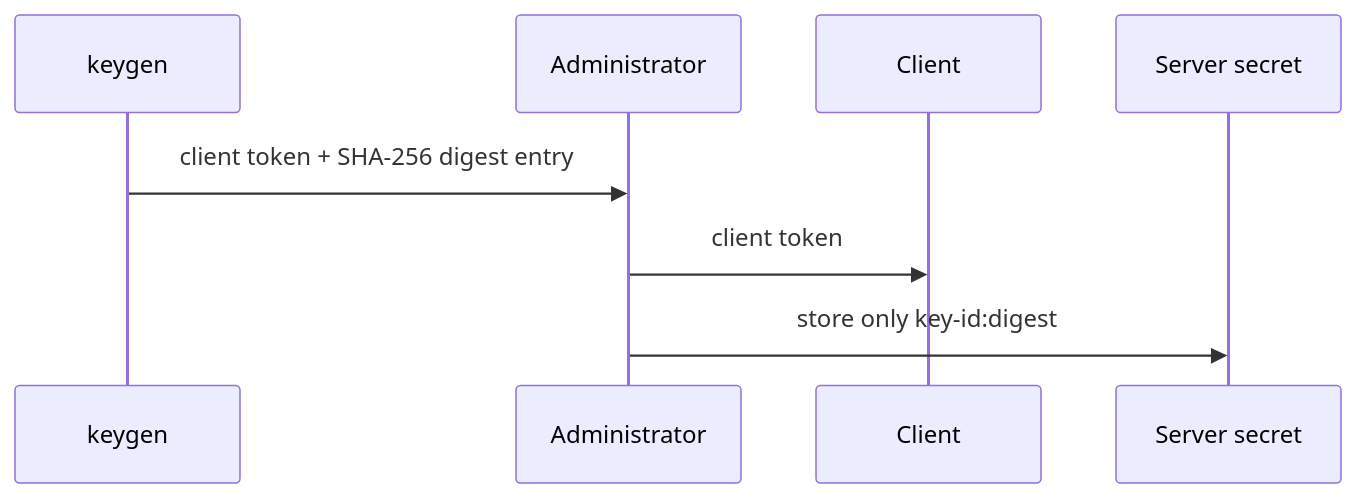
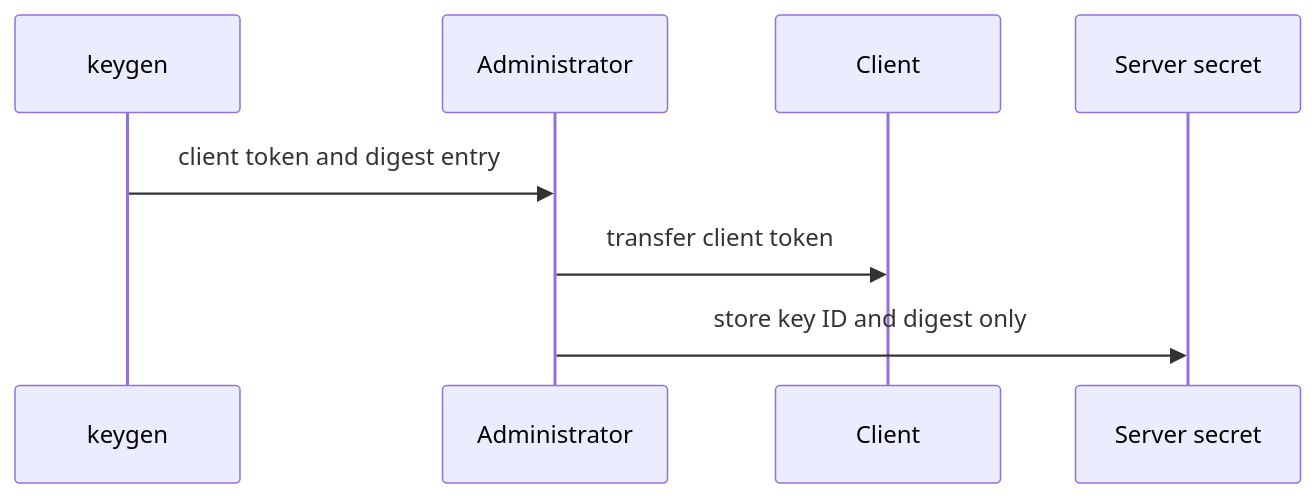
The third of 9 diagrams in docs/PROJECT_OVERVIEW.md (Jstarzz/geotagger), drawn with Mermaid before and after one commit. The commit also changed other lines of this file, not shown here.

Commit message:
docs: tighten project overview and sanitize diagrams

````diff
--- a/docs/PROJECT_OVERVIEW.md
+++ b/docs/PROJECT_OVERVIEW.md
@@ -398,11 +271,10 @@
 ```mermaid
 sequenceDiagram
-    participant G as keygen
+    participant K as keygen
     participant A as Administrator
     participant C as Client
     participant S as Server secret
-
-    G->>A: client token + SHA-256 digest entry
-    A->>C: client token
-    A->>S: store only key-id:digest
+    K->>A: client token and digest entry
+    A->>C: transfer client token
+    A->>S: store key ID and digest only
 ```
````
